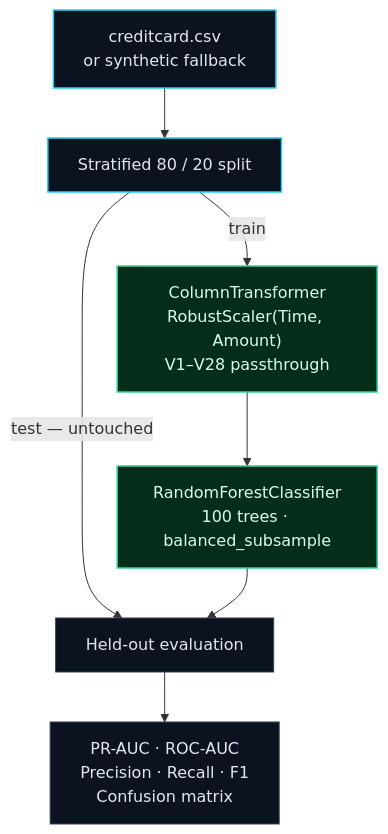
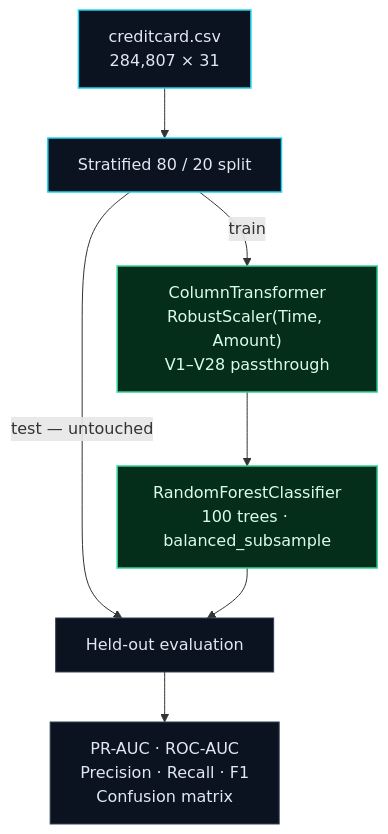
One commit to aryanmendpara/credit-card-fraud-detection changed the diagram in README.md. Above: the diagram before and after it, drawn with Mermaid. The commit also changed other lines of this file and 1 other file, not shown here.

Commit message:
Require the real Kaggle dataset; remove synthetic fallback

````diff
--- a/README.md
+++ b/README.md
@@ -41,17 +41,17 @@
 ```mermaid
 flowchart TD
-    A["creditcard.csv<br/>or synthetic fallback"] --> B["Stratified 80 / 20 split"]
+    A["creditcard.csv<br/>284,807 × 31"] --> B["Stratified 80 / 20 split"]
     B -->|"train"| C["ColumnTransformer<br/>RobustScaler(Time, Amount)<br/>V1–V28 passthrough"]
     C --> D["RandomForestClassifier<br/>100 trees · balanced_subsample"]
     B -->|"test — untouched"| E["Held-out evaluation"]
     D --> E
     E --> F["PR-AUC · ROC-AUC<br/>Precision · Recall · F1<br/>Confusion matrix"]
 
     classDef data fill:#0b1220,stroke:#22d3ee,color:#e2e8f0,stroke-width:1.5px
     classDef model fill:#052e1a,stroke:#34d399,color:#dcfce7,stroke-width:1.5px
     classDef eval fill:#0b1220,stroke:#334155,color:#e2e8f0
 
     class A,B data
     class C,D model
     class E,F eval
 ```
````
